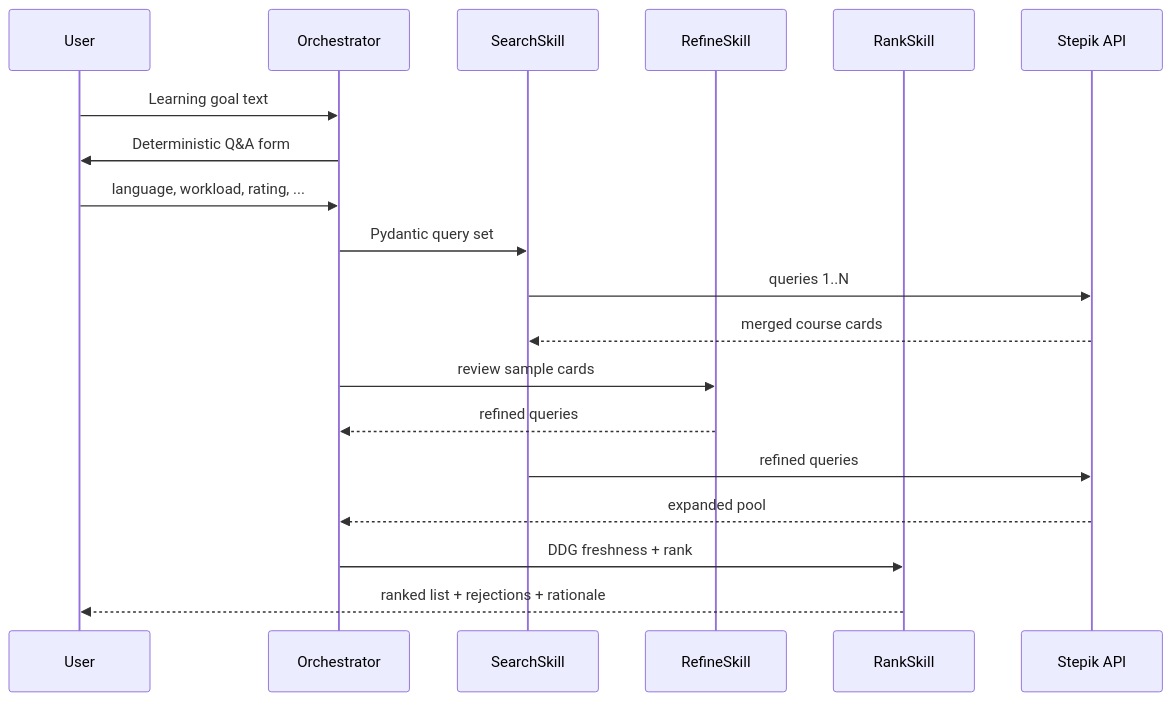
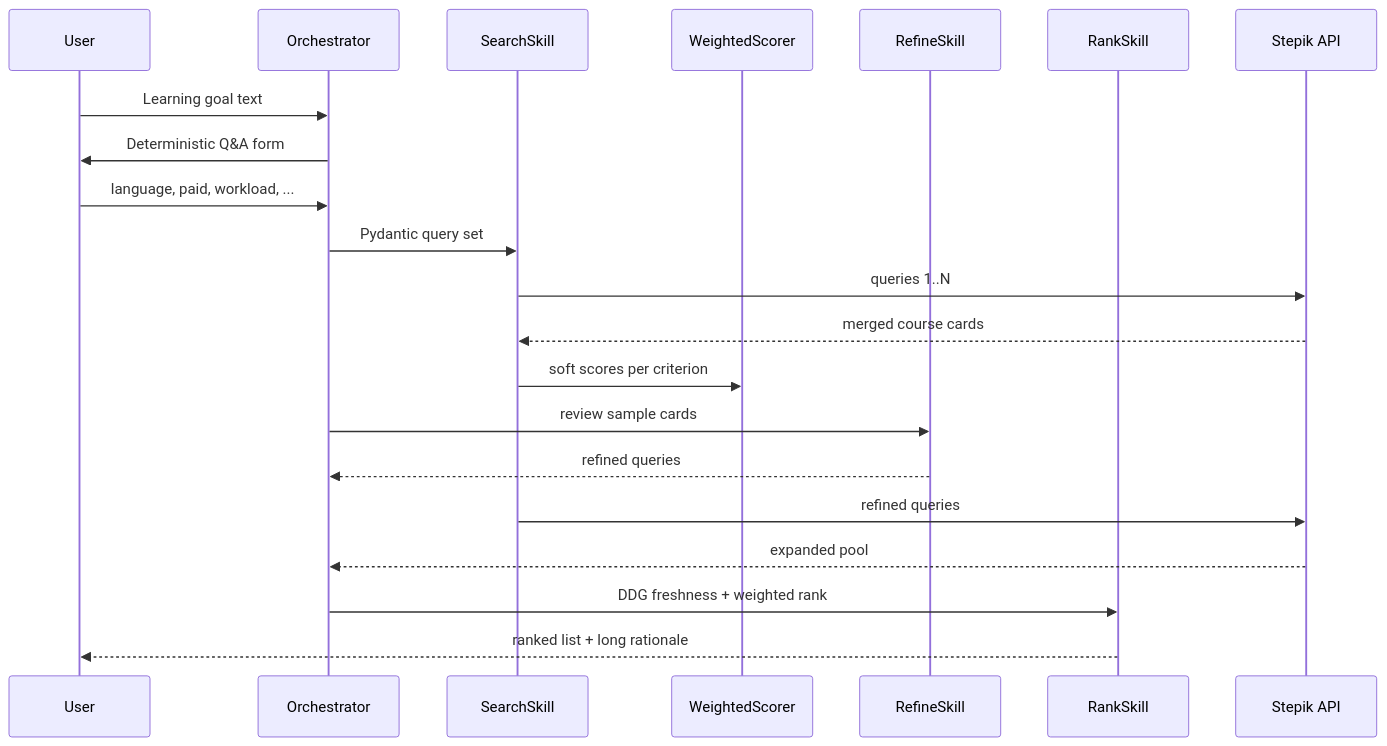
The second of 2 diagrams in README.md (pymlex/stepik-agent), drawn with Mermaid before and after one commit. The commit also changed other lines of this file, not shown here.

Commit message:
Update README for weighted ranking, Gradio UX, and current run flow

````diff
--- a/README.md
+++ b/README.md
@@ -64,22 +74,24 @@
 ```mermaid
 sequenceDiagram
     participant U as User
     participant O as Orchestrator
     participant S as SearchSkill
+    participant W as WeightedScorer
     participant R as RefineSkill
     participant K as RankSkill
     participant A as Stepik API
 
     U->>O: Learning goal text
     O->>U: Deterministic Q&A form
-    U->>O: language, workload, rating, ...
+    U->>O: language, paid, workload, ...
     O->>S: Pydantic query set
     S->>A: queries 1..N
     A-->>S: merged course cards
+    S->>W: soft scores per criterion
     O->>R: review sample cards
     R-->>O: refined queries
     S->>A: refined queries
     A-->>O: expanded pool
-    O->>K: DDG freshness + rank
-    K-->>U: ranked list + rejections + rationale
+    O->>K: DDG freshness + weighted rank
+    K-->>U: ranked list + long rationale
 ```
````
